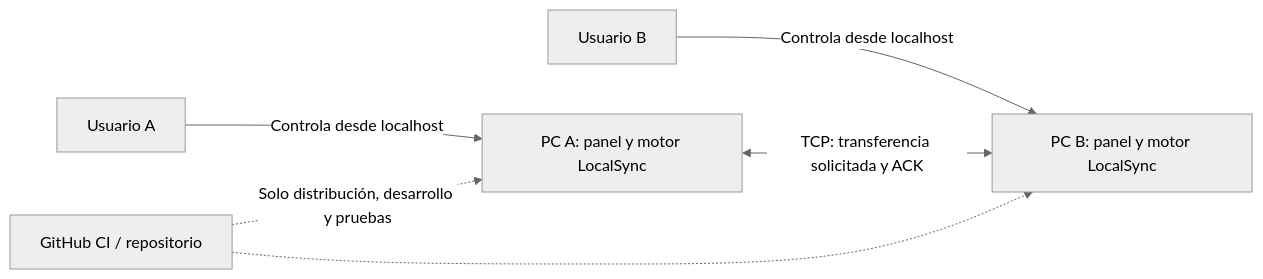
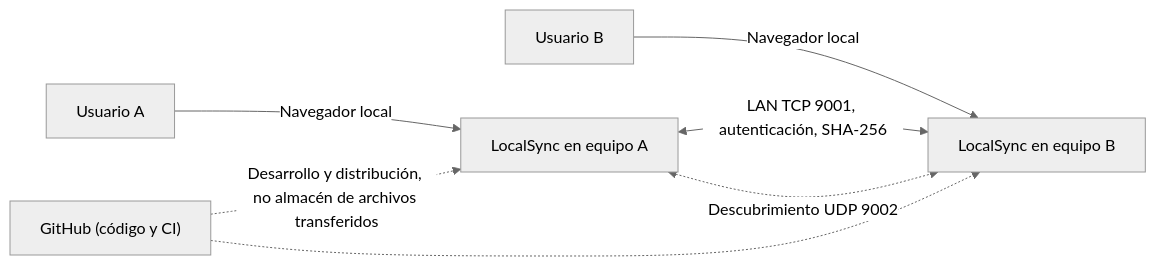
Before and after one commit to Codeforgeettttt/localsync-lan-engine_SistemasOperativos_G1: the first of 6 diagrams in documentacion/ARQUITECTURA.md, drawn with Mermaid (neutral theme). The commit also changed other lines of this file, not shown here.

Commit message:
docs(architecture): reflejar réplica real, Watchdog, reanudación, cola, descubrimiento y despliegue

````diff
--- a/documentacion/ARQUITECTURA.md
+++ b/documentacion/ARQUITECTURA.md
@@ -20,8 +24,9 @@
 ```mermaid
 flowchart LR
-    PersonaA["Usuario A"] -->|Controla desde localhost| EquipoA["PC A: panel y motor LocalSync"]
-    PersonaB["Usuario B"] -->|Controla desde localhost| EquipoB["PC B: panel y motor LocalSync"]
-    EquipoA <-->|"TCP: transferencia solicitada y ACK"| EquipoB
-    GitHub["GitHub CI / repositorio"] -. "Solo distribución, desarrollo y pruebas" .-> EquipoA
-    GitHub -.-> EquipoB
+    UA["Usuario A"] -->|"Navegador local"| A["LocalSync en equipo A"]
+    UB["Usuario B"] -->|"Navegador local"| B["LocalSync en equipo B"]
+    A <-->|"LAN TCP 9001, autenticación, SHA-256"| B
+    A <-. "Descubrimiento UDP 9002" .-> B
+    Repo["GitHub (código y CI)"] -. "Desarrollo y distribución, no almacén de archivos transferidos" .-> A
+    Repo -.-> B
 ```
````
